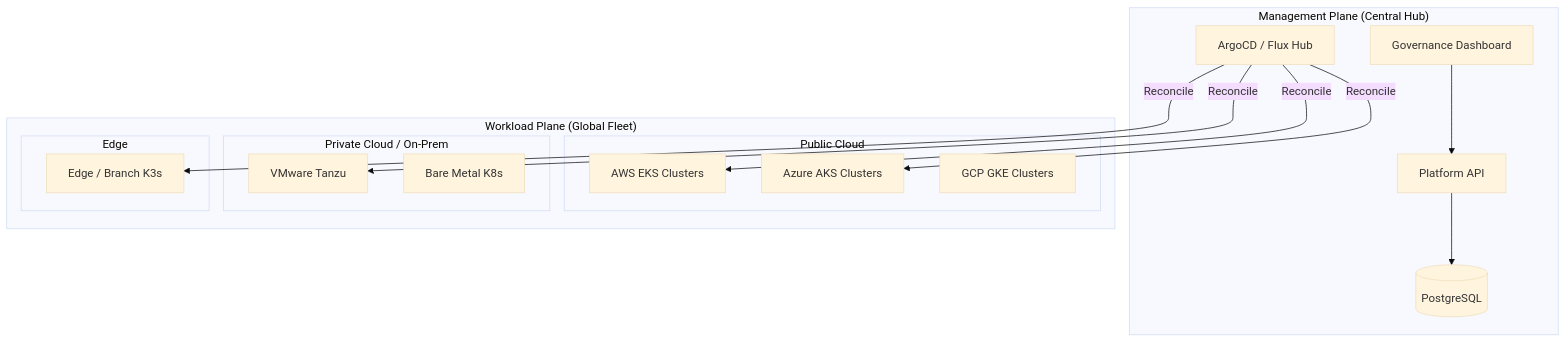
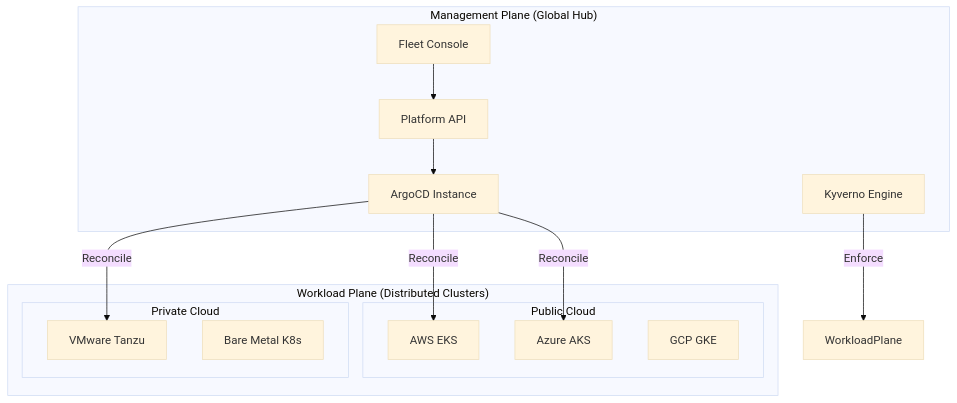
Before and after one commit to Devopstrio/hybrid-kubernetes-pattern: the first of 10 diagrams in README.md, drawn with Mermaid (base theme). The commit also changed other lines of this file, not shown here.

Commit message:
docs: upgrade README to institutional-grade reference architecture style

````diff
--- a/README.md
+++ b/README.md
@@ -34,31 +65,28 @@
 ```mermaid
 graph TD
-    subgraph "Management Plane (Central Hub)"
+    subgraph "Management Plane (Global Hub)"
         API[Platform API]
-        Web[Governance Dashboard]
-        GitOps[ArgoCD / Flux Hub]
-        DB[(PostgreSQL)]
+        Web[Fleet Console]
+        GitOps[ArgoCD Instance]
+        Policies[Kyverno Engine]
     end
 
-    subgraph "Workload Plane (Global Fleet)"
+    subgraph "Workload Plane (Distributed Clusters)"
         subgraph "Public Cloud"
-            EKS[AWS EKS Clusters]
-            AKS[Azure AKS Clusters]
-            GKE[GCP GKE Clusters]
+            EKS[AWS EKS]
+            AKS[Azure AKS]
+            GKE[GCP GKE]
         end
-        subgraph "Private Cloud / On-Prem"
-            Tanzu[VMware Tanzu]
-            BareMetal[Bare Metal K8s]
-        end
-        subgraph "Edge"
-            K3s[Edge / Branch K3s]
+        subgraph "Private Cloud"
+            VMW[VMware Tanzu]
+            BM[Bare Metal K8s]
         end
     end
 
     Web --> API
-    API --> DB
+    API --> GitOps
     GitOps -- "Reconcile" --> EKS
     GitOps -- "Reconcile" --> AKS
-    GitOps -- "Reconcile" --> Tanzu
-    GitOps -- "Reconcile" --> K3s
+    GitOps -- "Reconcile" --> VMW
+    Policies -- "Enforce" --> WorkloadPlane
 ```
````
